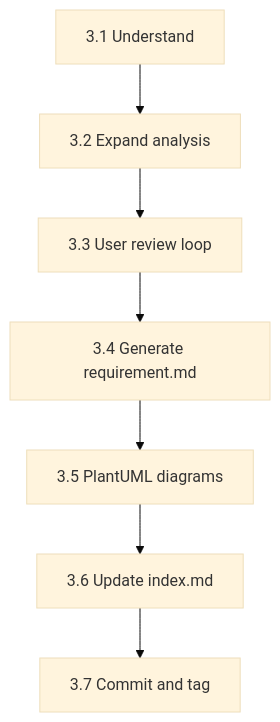
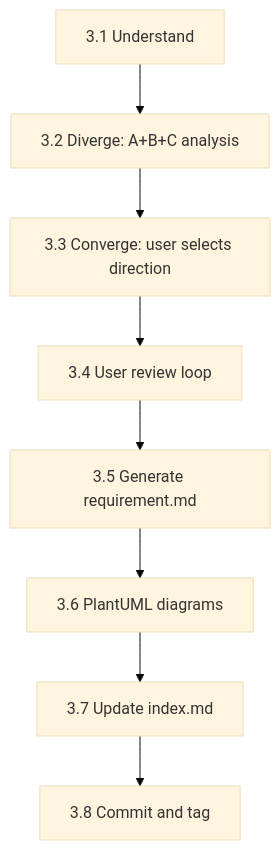
The third of 4 diagrams in req-1-analyze/SKILL.md (GOODDAYDAY/my-skills), drawn with Mermaid (base theme) before and after one commit. The commit also changed other lines of this file and 3 other files, not shown here.

First line of the commit message:
feat(diverge-converge): introduce pattern + downstream-stage preview

````diff
--- a/req-1-analyze/SKILL.md
+++ b/req-1-analyze/SKILL.md
@@ -46,9 +50,10 @@
 ```mermaid
 flowchart TD
-    A[3.1 Understand] --> B[3.2 Expand analysis]
-    B --> C[3.3 User review loop]
-    C --> D[3.4 Generate requirement.md]
-    D --> E[3.5 PlantUML diagrams]
-    E --> F[3.6 Update index.md]
-    F --> G[3.7 Commit and tag]
+    A[3.1 Understand] --> B[3.2 Diverge: A+B+C analysis]
+    B --> C[3.3 Converge: user selects direction]
+    C --> D[3.4 User review loop]
+    D --> E[3.5 Generate requirement.md]
+    E --> F[3.6 PlantUML diagrams]
+    F --> G[3.7 Update index.md]
+    G --> H[3.8 Commit and tag]
 ```
````
